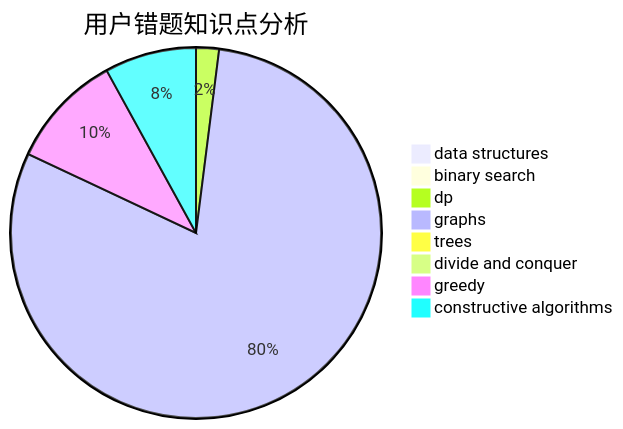
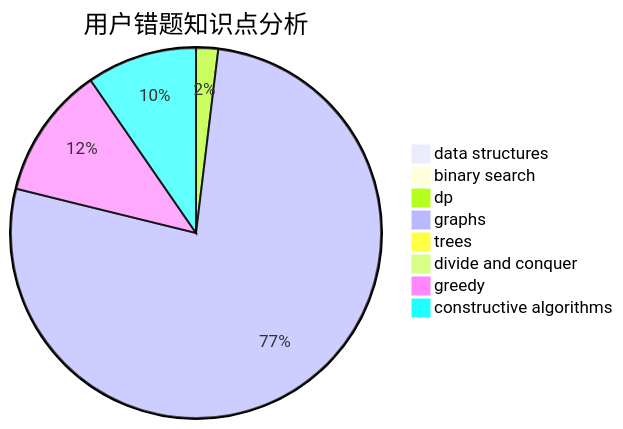
The third of 3 diagrams in docs/user/u2139.md (sherpahu/cfrs.github.io), drawn with Mermaid before and after one commit. The commit also changed other lines of this file and 2770 other files, not shown here.

````diff
--- a/docs/user/u2139.md
+++ b/docs/user/u2139.md
@@ -36,11 +36,11 @@
 ```mermaid
 pie title 用户错题知识点分析
     "data structures" :  0
     "binary search" :  0
     "dp" :  1
     "graphs" :  40
     "trees" :  0
     "divide and conquer" :  0
-    "greedy" :  5
-    "constructive algorithms" :  4
+    "greedy" :  6
+    "constructive algorithms" :  5
 ```
````
